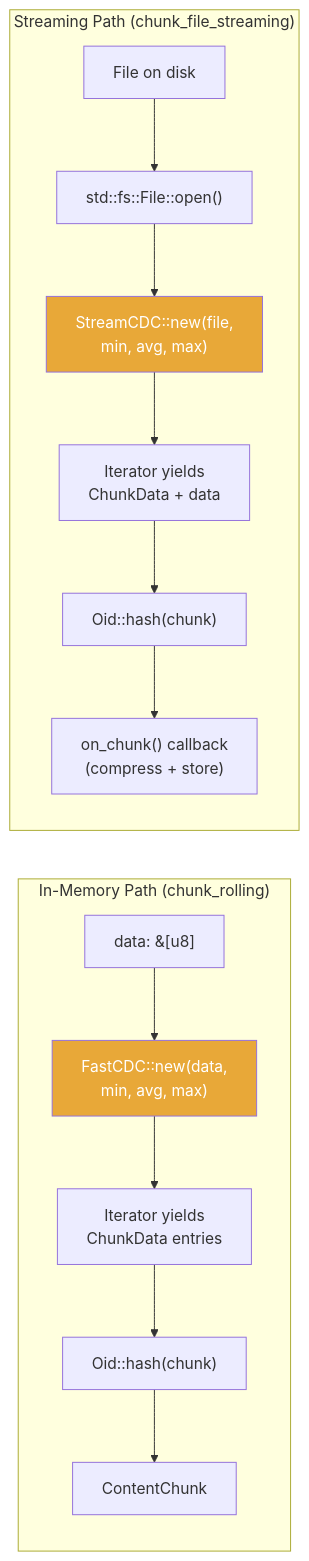
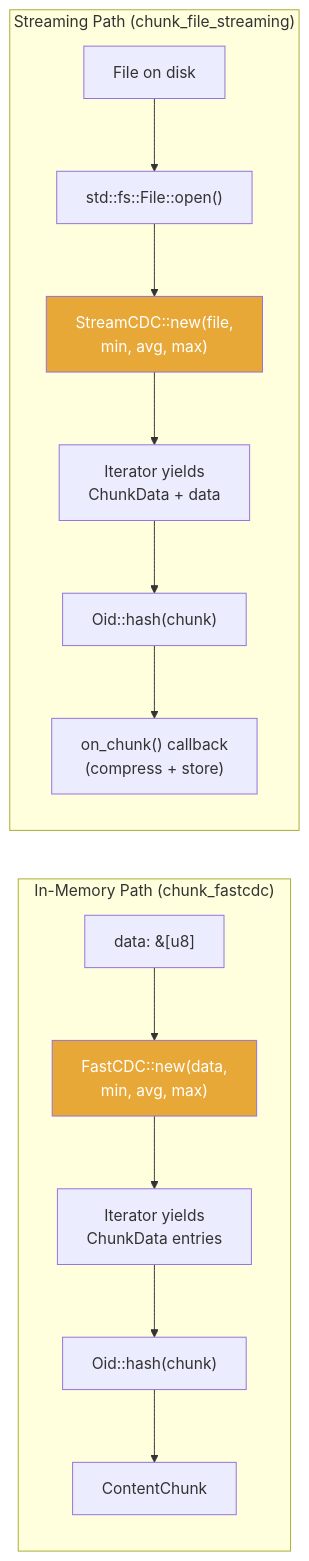
The sixth of 19 diagrams in ARCHITECTURE.md (winnyboy5/mediagit-core), drawn with Mermaid before and after one commit. The commit also changed other lines of this file and 21 other files, not shown here.

````diff
--- a/ARCHITECTURE.md
+++ b/ARCHITECTURE.md
@@ -445,20 +446,20 @@
 ```mermaid
 graph LR
-    subgraph InMemory["In-Memory Path (chunk_rolling)"]
+    subgraph InMemory["In-Memory Path (chunk_fastcdc)"]
         A1["data: &[u8]"] --> B1["FastCDC::new(data,<br/>min, avg, max)"]
         B1 --> C1["Iterator yields<br/>ChunkData entries"]
         C1 --> D1["Oid::hash(chunk)"]
         D1 --> E1["ContentChunk"]
     end
 
     subgraph Streaming["Streaming Path (chunk_file_streaming)"]
         A2["File on disk"] --> B2["std::fs::File::open()"]
         B2 --> C2["StreamCDC::new(file,<br/>min, avg, max)"]
         C2 --> D2["Iterator yields<br/>ChunkData + data"]
         D2 --> E2["Oid::hash(chunk)"]
         E2 --> F2["on_chunk() callback<br/>(compress + store)"]
     end
 
     style B1 fill:#E8A838,color:#fff
     style C2 fill:#E8A838,color:#fff
 ```
````
